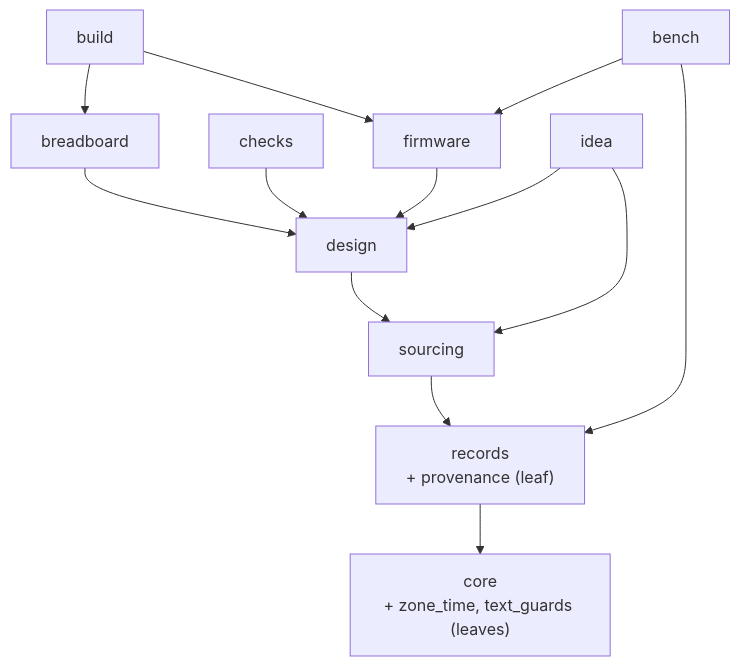
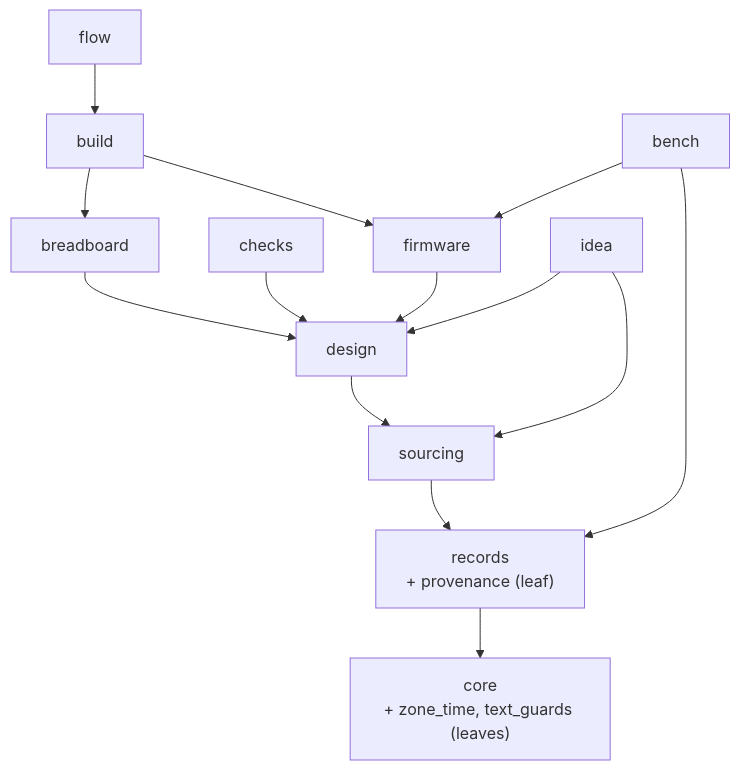
One commit to xmejkal/spark changed the second of 3 diagrams in docs/discovery/2026-10-19-p323-target-architecture/architecture/README.md. Above: the diagram before and after it, drawn with Mermaid. The commit also changed other lines of this file and 7 other files, not shown here.

First line of the commit message:
P825: the docs of flow.py and the build record

````diff
--- a/docs/discovery/2026-10-19-p323-target-architecture/architecture/README.md
+++ b/docs/discovery/2026-10-19-p323-target-architecture/architecture/README.md
@@ -71,15 +71,16 @@
 ```mermaid
 flowchart TB
   BUILD["build"] --> BB["breadboard"]
   BUILD --> FW["firmware"]
   BENCH["bench"] --> FW
   BB --> DES["design"]
   CHK["checks"] --> DES
   FW --> DES
   DES --> SRC["sourcing"]
   IDEA["idea"] --> DES
+  FLOW["flow"] --> BUILD
   IDEA --> SRC
   SRC --> REC["records<br/>+ provenance (leaf)"]
   BENCH --> REC
   REC --> CORE["core<br/>+ zone_time, text_guards (leaves)"]
 ```
````
